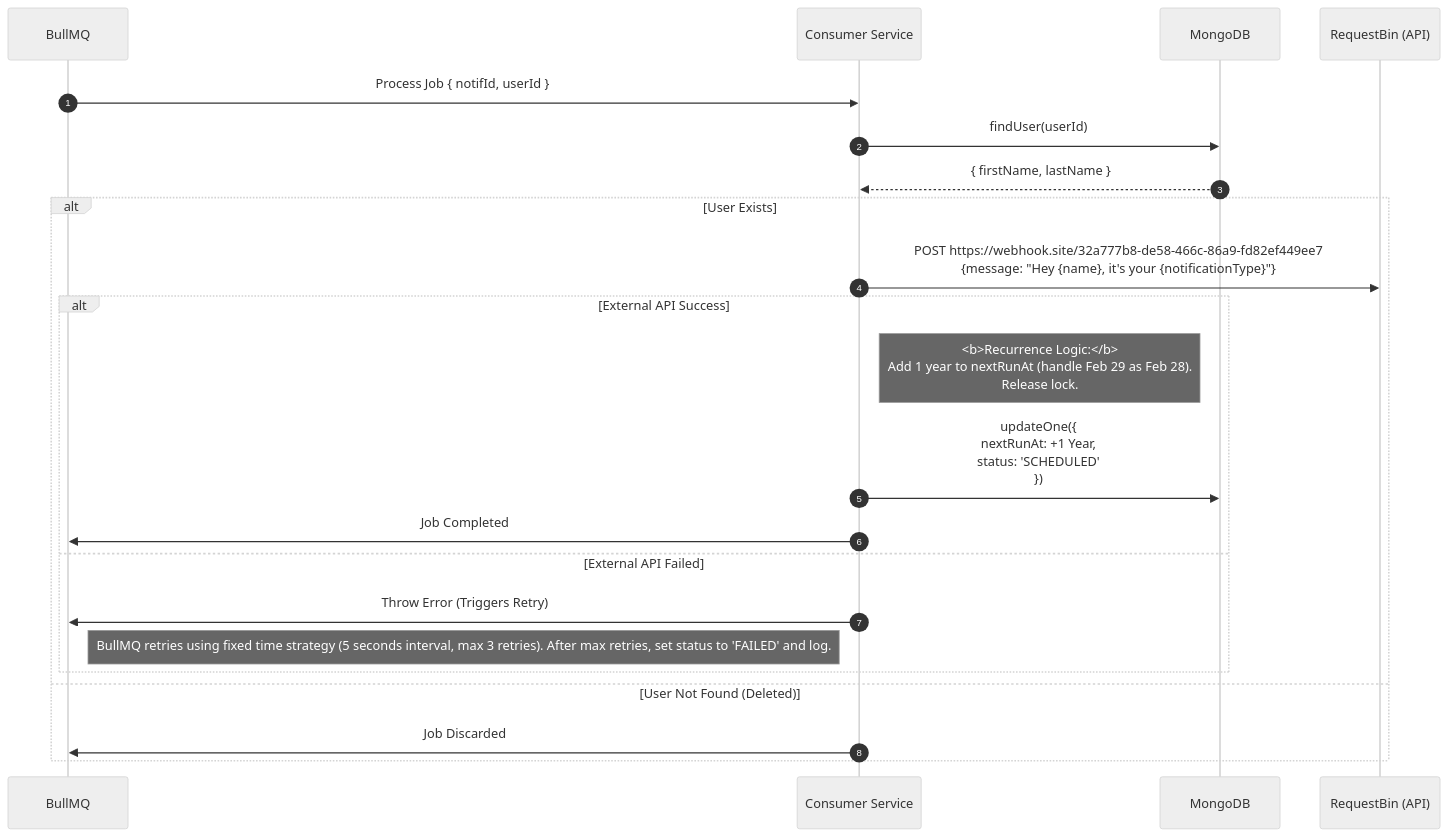
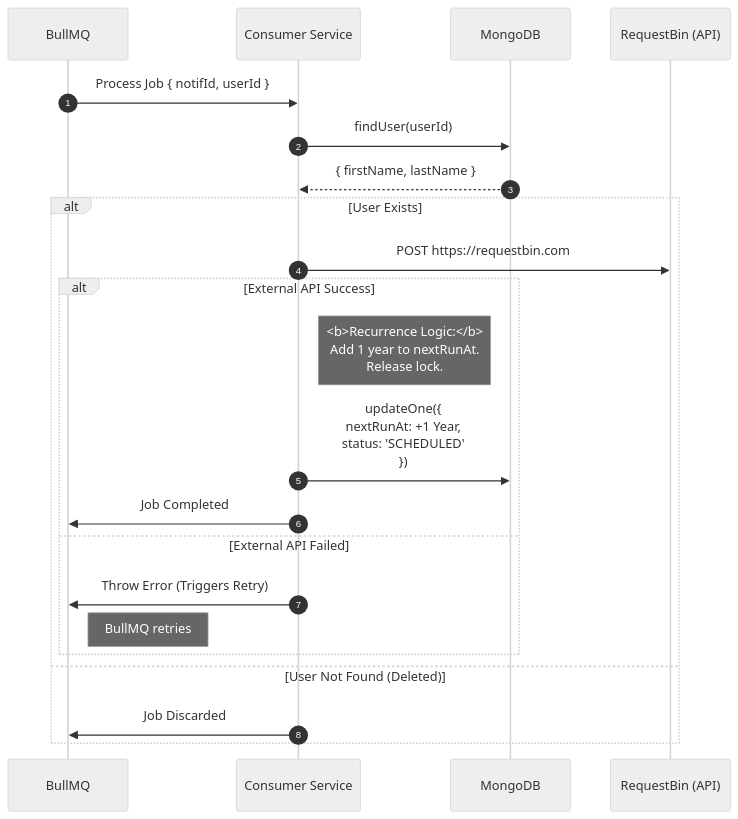
Before and after one commit to saitejamalladi/erin-living-assessment: the fourth of 4 diagrams in docs/tech-design.md, drawn with Mermaid (neutral theme). The commit also changed other lines of this file and 5 other files, not shown here.

Commit message:
Architecture images added

````diff
--- a/docs/tech-design.md
+++ b/docs/tech-design.md
@@ -183,30 +158,29 @@
 ```mermaid
 sequenceDiagram
     autonumber
     participant Queue as BullMQ
     participant Worker as Consumer Service
     participant DB as MongoDB
     participant Ext as RequestBin (API)
 
     Queue->>Worker: Process Job { notifId, userId }
     
     Worker->>DB: findUser(userId)
     DB-->>Worker: { firstName, lastName }
     
     alt User Exists
-        Worker->>Ext: POST https://webhook.site/32a777b8-de58-466c-86a9-fd82ef449ee7 <br/>{message: "Hey {name}, it's your {notificationType}"}
+        Worker->>Ext: POST https://requestbin.com
         
         alt External API Success
-            Note right of Worker: <b>Recurrence Logic:</b><br/>Add 1 year to nextRunAt (handle Feb 29 as Feb 28).<br/>Release lock.
+            Note right of Worker: <b>Recurrence Logic:</b><br/>Add 1 year to nextRunAt.<br/>Release lock.
             Worker->>DB: updateOne({ <br/>nextRunAt: +1 Year, <br/>status: 'SCHEDULED' <br/>})
             Worker->>Queue: Job Completed
         else External API Failed
             Worker->>Queue: Throw Error (Triggers Retry)
-            Note right of Queue: BullMQ retries using fixed time strategy (5 seconds interval, max 3 retries). After max retries, set status to 'FAILED' and log.
+            Note right of Queue: BullMQ retries 
         end
         
     else User Not Found (Deleted)
         Worker->>Queue: Job Discarded
     end
-
 ```
````
